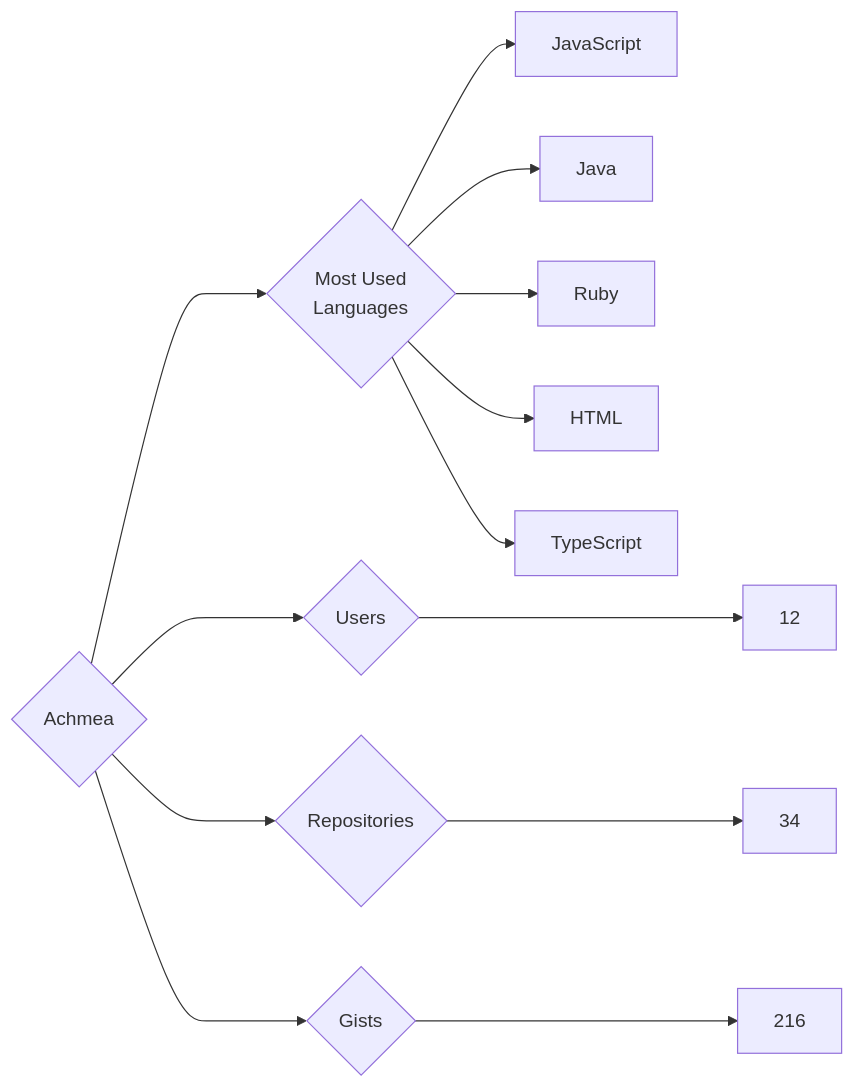
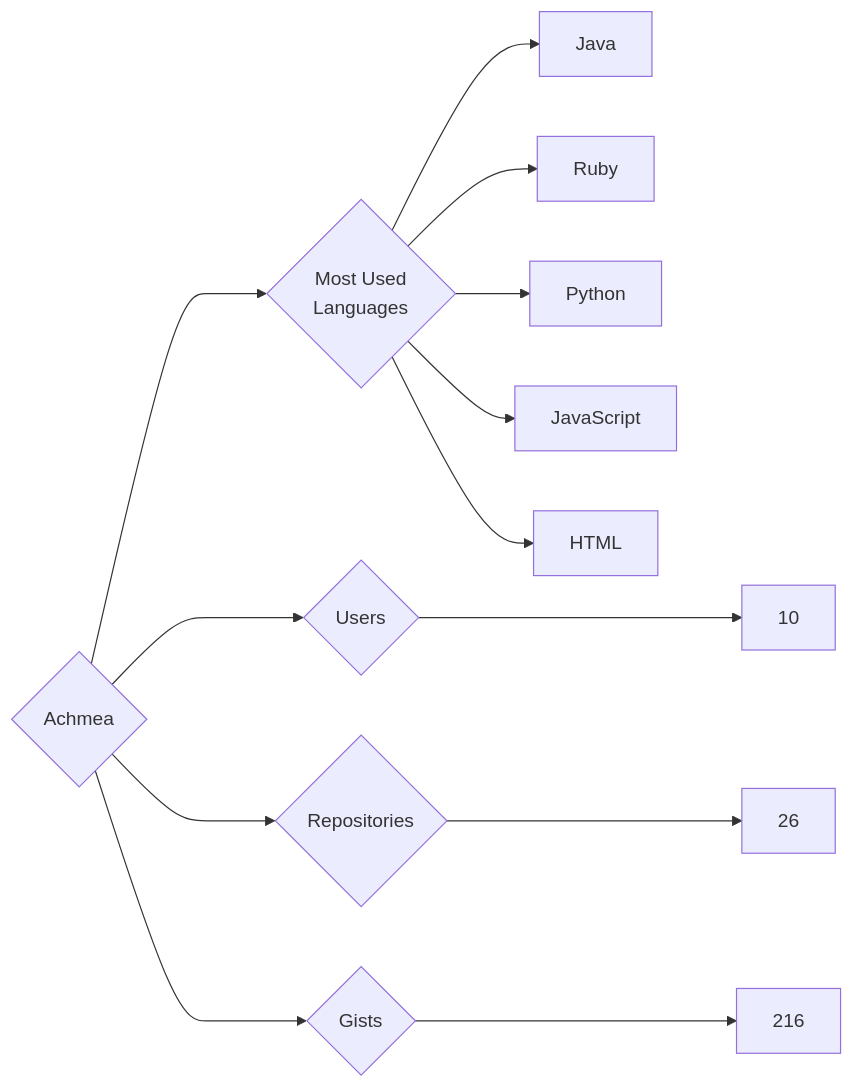
Before and after one commit to trickest/insiders: the diagram in targets/Achmea/README.md, drawn with Mermaid. The commit also changed 951 other files, not shown here.

````diff
--- a/targets/Achmea/README.md
+++ b/targets/Achmea/README.md
@@ -3,13 +3,13 @@
 ```mermaid
 graph LR
 COMPANY_NAME{Achmea}
-COMPANY_NAME ---> U{Users} ---> UN[12]
-COMPANY_NAME ---> R{Repositories} ---> RN[34]
+COMPANY_NAME ---> U{Users} ---> UN[10]
+COMPANY_NAME ---> R{Repositories} ---> RN[26]
 COMPANY_NAME ---> G{Gists} ---> GN[216]
 COMPANY_NAME ---> ML{Most Used<br>Languages}
-ML --> JavaScript[JavaScript]
 ML --> Java[Java]
 ML --> Ruby[Ruby]
+ML --> Python[Python]
+ML --> JavaScript[JavaScript]
 ML --> HTML[HTML]
-ML --> TypeScript[TypeScript]
 ```
````
